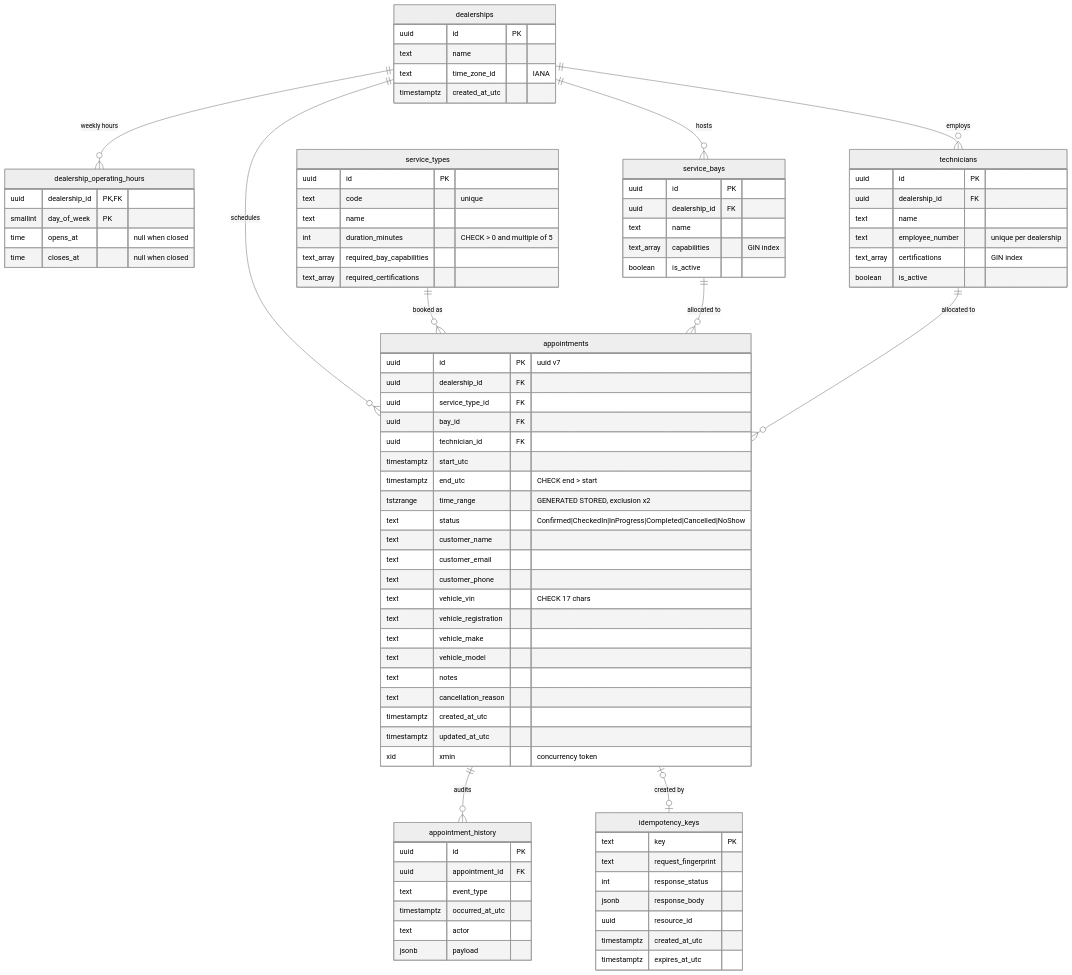
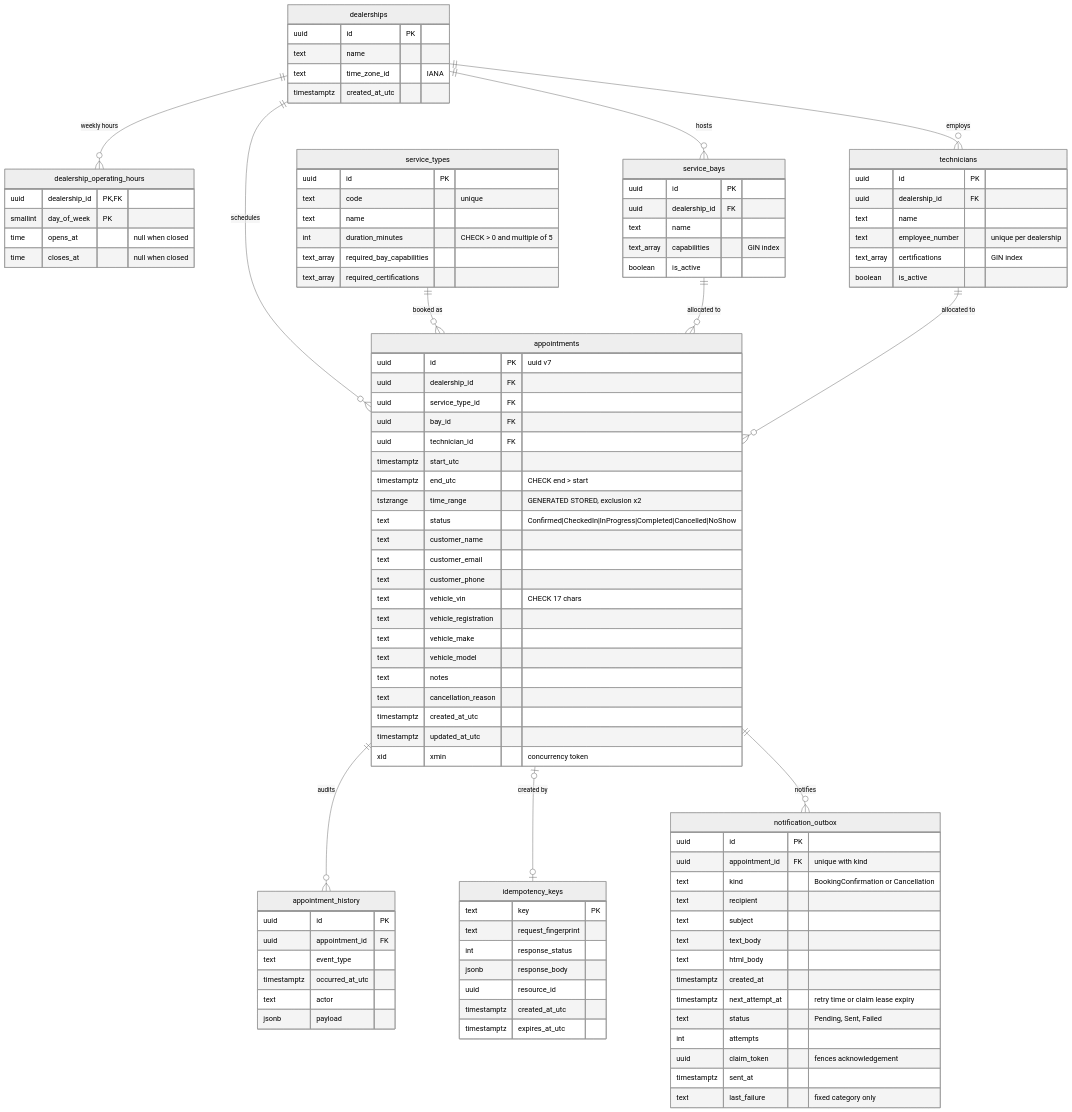
The tenth of 13 diagrams in docs/SYSTEM_DESIGN.md (kylesmile1103/keyloop-service-scheduler), drawn with Mermaid (neutral theme) before and after one commit. The commit also changed other lines of this file and 36 other files, not shown here.

```diff
--- a/docs/SYSTEM_DESIGN.md
+++ b/docs/SYSTEM_DESIGN.md
@@ -842,6 +847,7 @@
     technicians ||--o{ appointments : "allocated to"
     appointments ||--o{ appointment_history : audits
     appointments |o--o| idempotency_keys : "created by"
+    appointments ||--o{ notification_outbox : notifies
 
     dealerships {
         uuid id PK
@@ -909,6 +915,22 @@
         text actor
         jsonb payload
     }
+    notification_outbox {
+        uuid id PK
+        uuid appointment_id FK "unique with kind"
+        text kind "BookingConfirmation or Cancellation"
+        text recipient
+        text subject
+        text text_body
+        text html_body
+        timestamptz created_at
+        timestamptz next_attempt_at "retry time or claim lease expiry"
+        text status "Pending, Sent, Failed"
+        int attempts
+        uuid claim_token "fences acknowledgement"
+        timestamptz sent_at
+        text last_failure "fixed category only"
+    }
     idempotency_keys {
         text key PK
         text request_fingerprint
```
